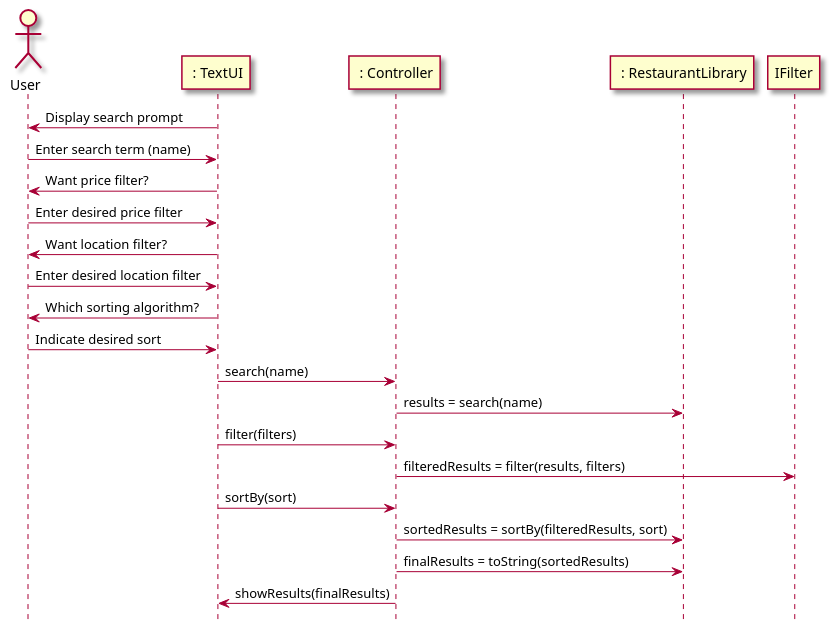
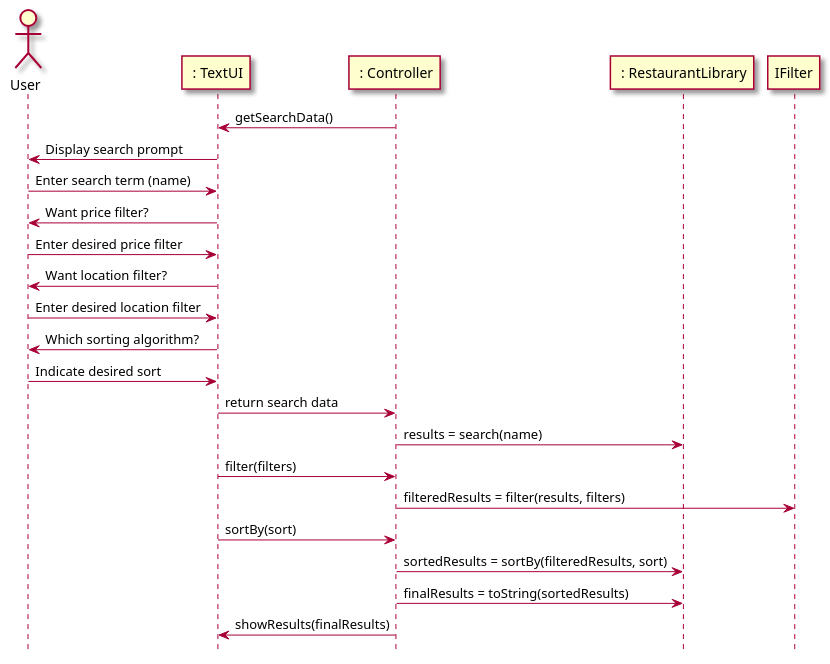
One commit to tanwasp/LunchBox-Android changed the first of 2 diagrams in intellij/doc/design.md. Above: the diagram before and after it, drawn with PlantUML. The commit also changed 4 other files, not shown here.

````diff
--- a/intellij/doc/design.md
+++ b/intellij/doc/design.md
@@ -5,29 +5,31 @@
 ```plantuml
 @startuml
 hide footbox
 skin rose
 
 actor User as user
 participant " : TextUI" as ui
 participant " : Controller" as controller
 participant " : RestaurantLibrary" as lib
 
+controller -> ui: getSearchData()
 ui -> user : Display search prompt
 user -> ui : Enter search term (name)
 ui -> user : Want price filter?
 user -> ui : Enter desired price filter
 ui -> user : Want location filter?
 user -> ui : Enter desired location filter
 ui -> user : Which sorting algorithm?
 user -> ui : Indicate desired sort
-ui -> controller : search(name)
+ui -> controller: return search data
+
 controller -> lib : results = search(name)
 ui -> controller : filter(filters)
 controller -> IFilter : filteredResults = filter(results, filters)
 ui -> controller : sortBy(sort)
 controller -> lib : sortedResults = sortBy(filteredResults, sort)
 controller -> lib : finalResults = toString(sortedResults)
 controller -> ui : showResults(finalResults)
 
 @enduml
 ```
````
